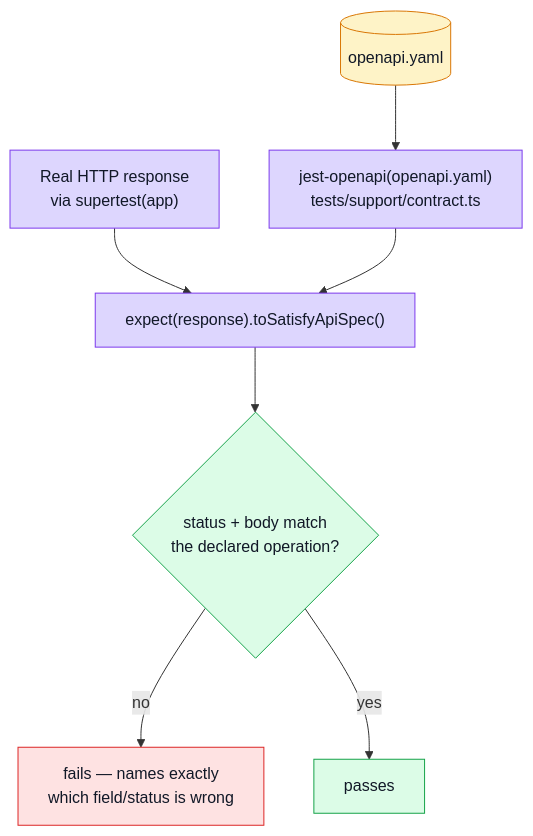
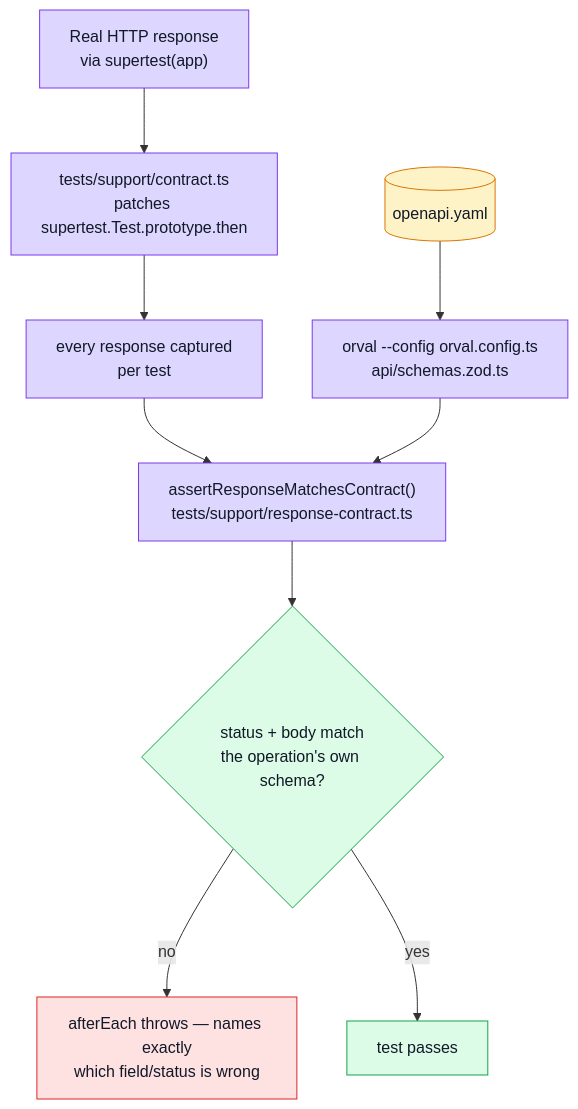
One commit to Guebbit/boilerplate-node-backend changed the diagram in docs/tools/contract-testing.md. Above: the diagram before and after it, drawn with Mermaid. The commit also changed other lines of this file and 38 other files, not shown here.

````diff
--- a/docs/tools/contract-testing.md
+++ b/docs/tools/contract-testing.md
@@ -25,19 +25,21 @@
 ```mermaid
 %%{init: {'flowchart': {'nodeSpacing': 50, 'rankSpacing': 65}}}%%
 flowchart TB
-    Spec[("openapi.yaml")] --> JestOpenAPI["jest-openapi(openapi.yaml)\ntests/support/contract.ts"]
-    Real["Real HTTP response\nvia supertest(app)"] --> Assert["expect(response).toSatisfyApiSpec()"]
-    JestOpenAPI --> Assert
-    Assert --> Check{"status + body match\nthe declared operation?"}
-    Check -->|no| Fail["fails — names exactly\nwhich field/status is wrong"]
-    Check -->|yes| Pass["passes"]
+    Spec[("openapi.yaml")] --> Orval["orval --config orval.config.ts\napi/schemas.zod.ts"]
+    Real["Real HTTP response\nvia supertest(app)"] --> Patch["tests/support/contract.ts\npatches supertest.Test.prototype.then"]
+    Patch --> Capture["every response captured\nper test"]
+    Capture --> Judge["assertResponseMatchesContract()\ntests/support/response-contract.ts"]
+    Orval --> Judge
+    Judge --> Check{"status + body match\nthe operation's own schema?"}
+    Check -->|no| Fail["afterEach throws — names exactly\nwhich field/status is wrong"]
+    Check -->|yes| Pass["test passes"]
 
     classDef spec fill:#fef3c7,stroke:#d97706,color:#111827;
     classDef test fill:#ddd6fe,stroke:#7c3aed,color:#111827;
     classDef check fill:#dcfce7,stroke:#16a34a,color:#111827;
     classDef fail fill:#fee2e2,stroke:#dc2626,color:#111827;
     class Spec spec;
-    class JestOpenAPI,Real,Assert test;
+    class Orval,Real,Patch,Capture,Judge test;
     class Check,Pass check;
     class Fail fail;
 ```
````
